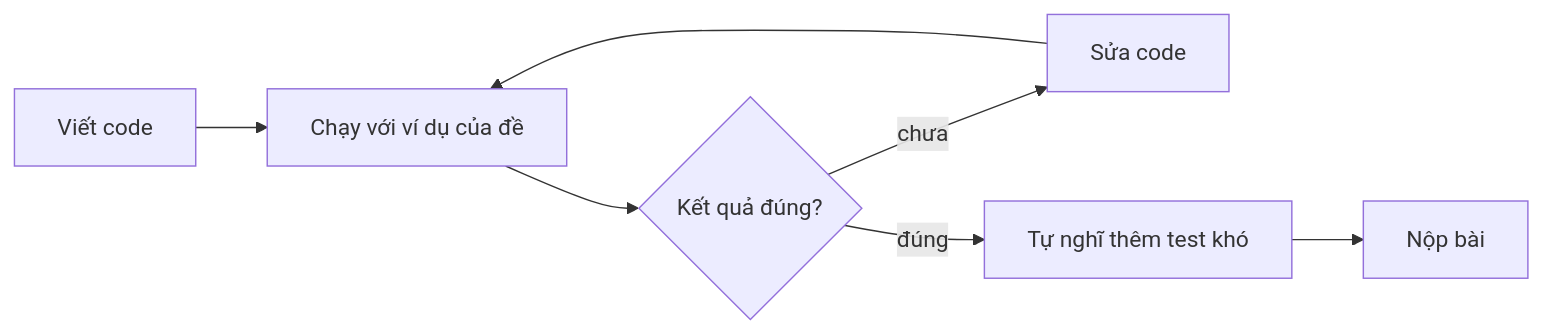
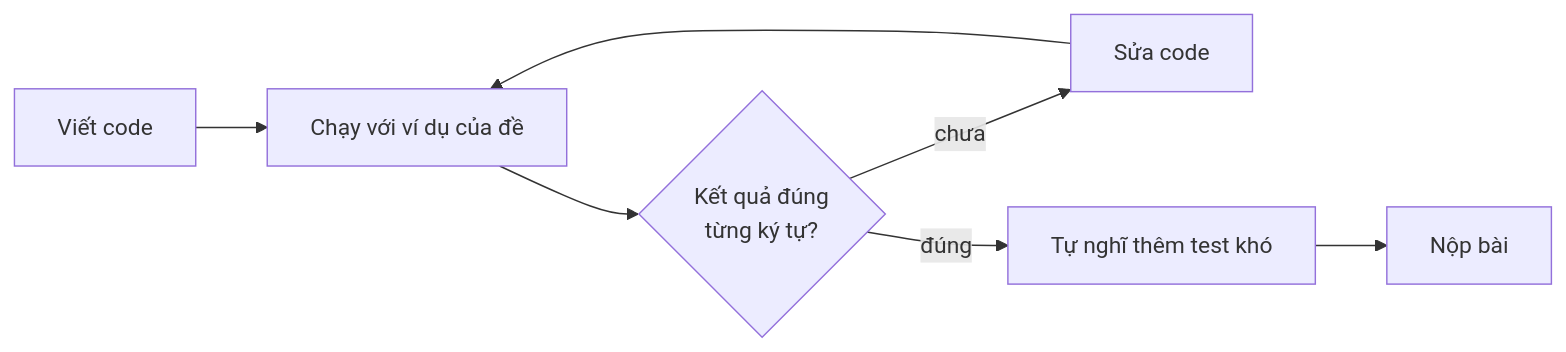
Before and after one commit to vantupham/ebook-lap-trinh-thi-dau: the diagram in tap-0-nhap-mon/bai-0-1-chuong-trinh-dau-tien/README.md, drawn with Mermaid. The commit also changed other lines of this file and 992 other files, not shown here.

````diff
--- a/tap-0-nhap-mon/bai-0-1-chuong-trinh-dau-tien/README.md
+++ b/tap-0-nhap-mon/bai-0-1-chuong-trinh-dau-tien/README.md
@@ -73,7 +112,7 @@
 ```mermaid
 flowchart LR
     A["Viết code"] --> B["Chạy với ví dụ của đề"]
-    B --> C{"Kết quả đúng?"}
+    B --> C{"Kết quả đúng<br/>từng ký tự?"}
     C -- "chưa" --> D["Sửa code"] --> B
     C -- "đúng" --> E["Tự nghĩ thêm test khó"] --> F["Nộp bài"]
 ```
````
